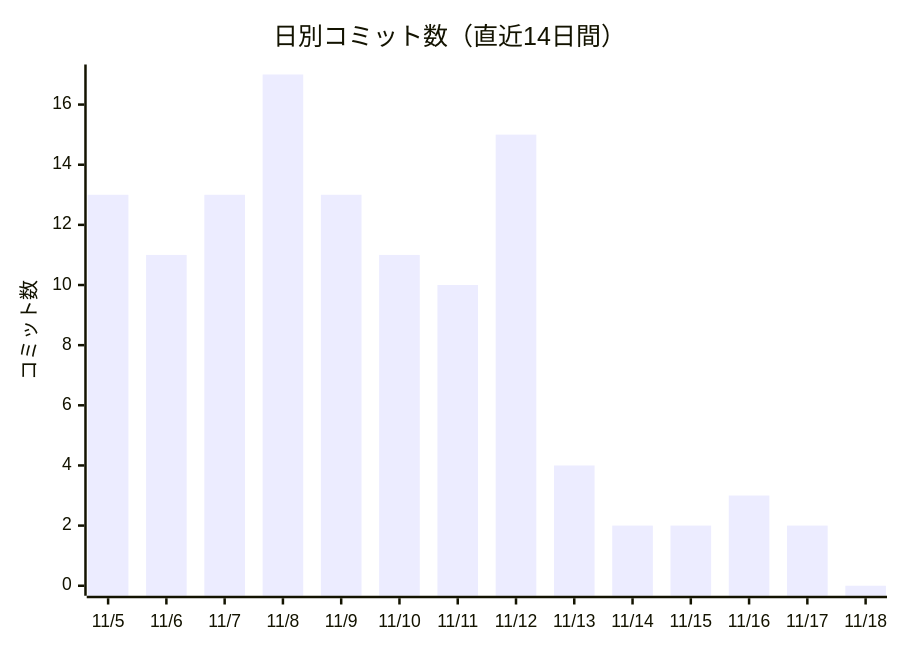
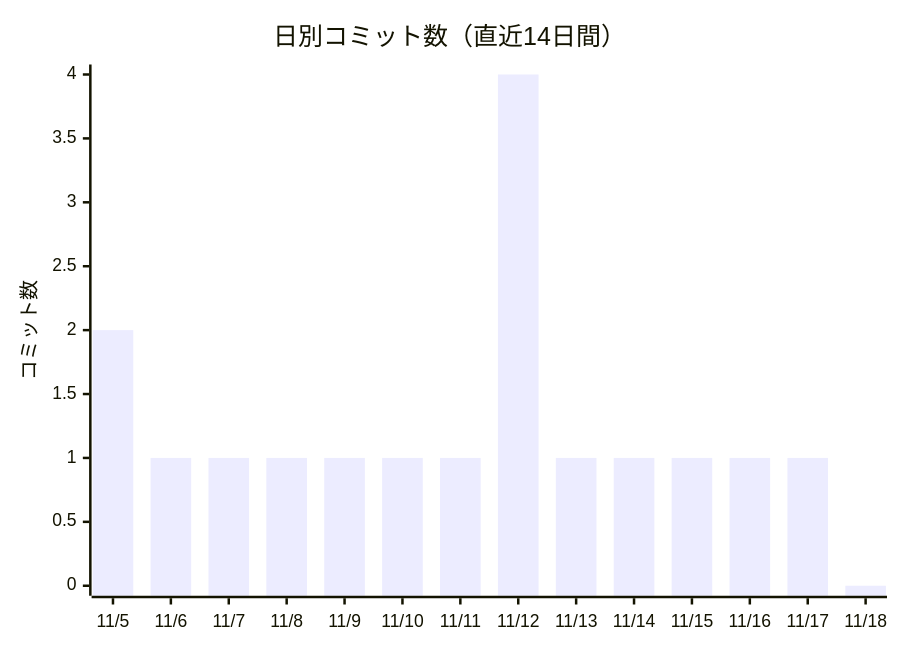
One commit to non-x2/non-x2 changed the first of 2 diagrams in docs/進化レポート.md. Above: the diagram before and after it, drawn with Mermaid. The commit also changed other lines of this file and 1 other file, not shown here.

````diff
--- a/docs/進化レポート.md
+++ b/docs/進化レポート.md
@@ -25,7 +25,7 @@
 ```mermaid
 xychart-beta
     title "日別コミット数（直近14日間）"
     x-axis ["11/5", "11/6", "11/7", "11/8", "11/9", "11/10", "11/11", "11/12", "11/13", "11/14", "11/15", "11/16", "11/17", "11/18"]
     y-axis "コミット数"
-    bar [13, 11, 13, 17, 13, 11, 10, 15, 4, 2, 2, 3, 2, 0]
+    bar [2, 1, 1, 1, 1, 1, 1, 4, 1, 1, 1, 1, 1, 0]
 ```
````
